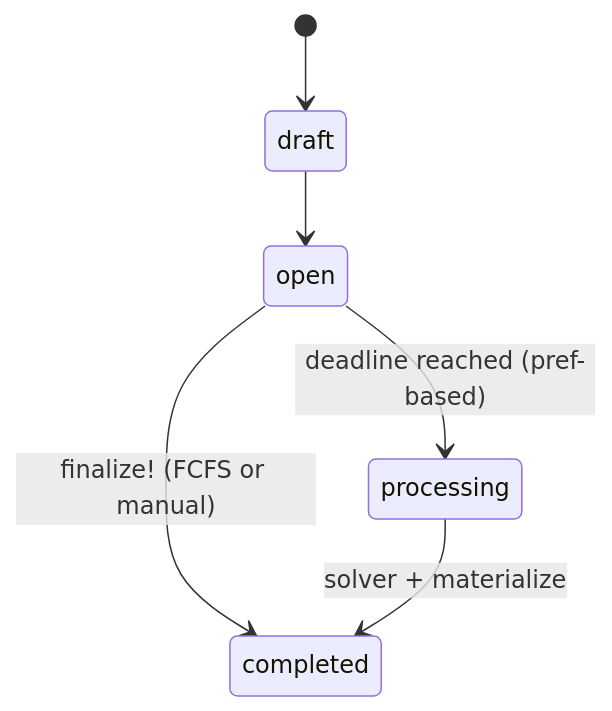
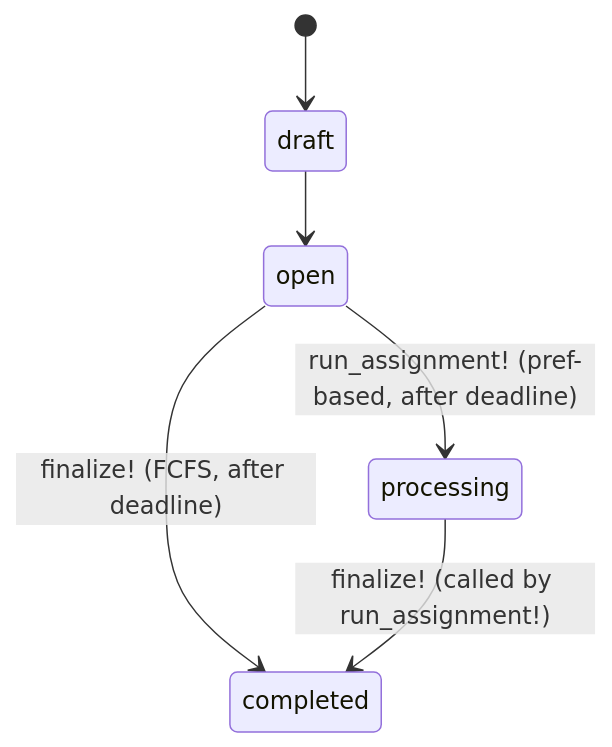
Before and after one commit to MaMpf-HD/mampf: the first of 2 diagrams in architecture/src/features/02-registration-system.md, drawn with Mermaid. The commit also changed other lines of this file and 2 other files, not shown here.

Commit message:
Revise registration proposal and assignment algorithm

````diff
--- a/architecture/src/features/02-registration-system.md
+++ b/architecture/src/features/02-registration-system.md
@@ -622,8 +723,8 @@
 ```mermaid
 stateDiagram-v2
-	[*] --> draft
-	draft --> open
-	open --> processing : deadline reached (pref-based)
-	open --> completed : finalize! (FCFS or manual)
-	processing --> completed : solver + materialize
+    [*] --> draft
+    draft --> open
+    open --> processing : run_assignment! (pref-based, after deadline)
+    open --> completed : finalize! (FCFS, after deadline)
+    processing --> completed : finalize! (called by run_assignment!)
 ```
````
